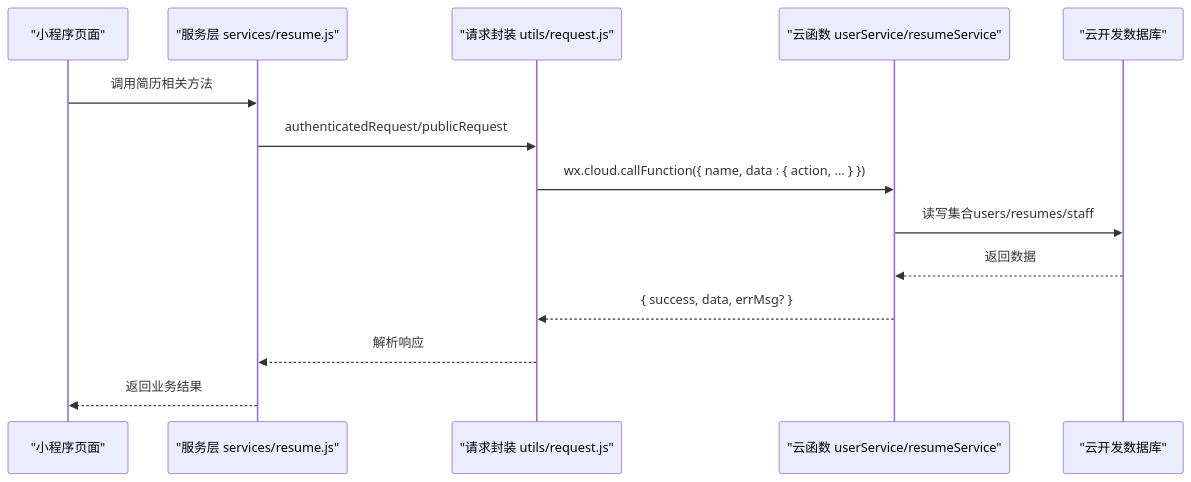
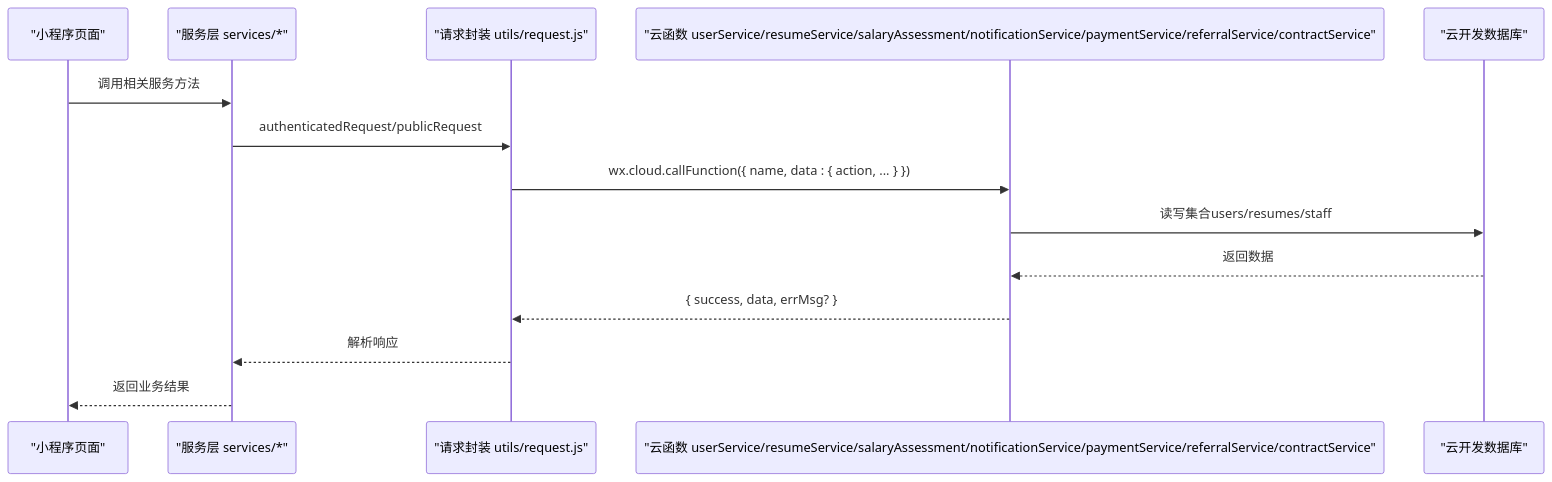
The second of 3 diagrams in .qoder/repowiki/zh/content/API参考/API参考.md (sunxuebo91/-), drawn with Mermaid before and after one commit. The commit also changed other lines of this file and 123 other files, not shown here.

````diff
--- a/.qoder/repowiki/zh/content/API参考/API参考.md
+++ b/.qoder/repowiki/zh/content/API参考/API参考.md
@@ -90,16 +155,16 @@
 ```mermaid
 sequenceDiagram
 participant MP as "小程序页面"
-participant S as "服务层 services/resume.js"
+participant S as "服务层 services/*"
 participant U as "请求封装 utils/request.js"
-participant CF as "云函数 userService/resumeService"
+participant CF as "云函数 userService/resumeService/salaryAssessment/notificationService/paymentService/referralService/contractService"
 participant DB as "云开发数据库"
-MP->>S : 调用简历相关方法
+MP->>S : 调用相关服务方法
 S->>U : authenticatedRequest/publicRequest
 U->>CF : wx.cloud.callFunction({ name, data : { action, ... } })
 CF->>DB : 读写集合users/resumes/staff
 DB-->>CF : 返回数据
 CF-->>U : { success, data, errMsg? }
 U-->>S : 解析响应
 S-->>MP : 返回业务结果
 ```
````
